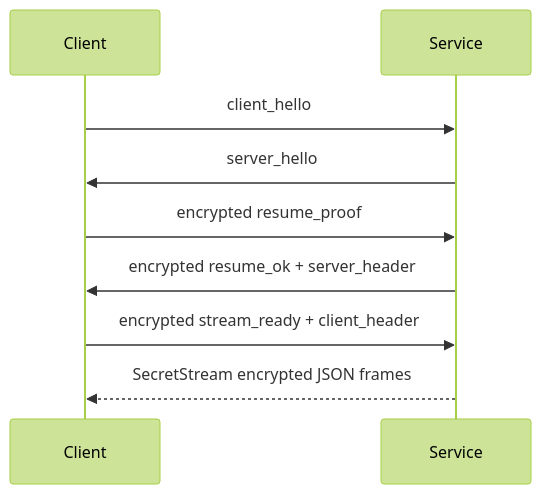
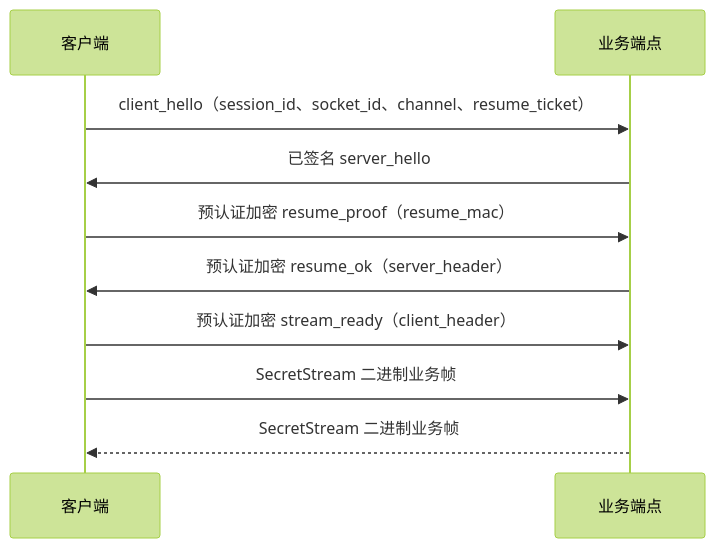
Before and after one commit to Kiramei/baas-tauri: the second of 2 diagrams in docs/content/docs/zh/reference/backend-service.mdx, drawn with Mermaid (forest theme). The commit also changed other lines of this file and 1539 other files, not shown here.

````diff
--- a/docs/content/docs/zh/reference/backend-service.mdx
+++ b/docs/content/docs/zh/reference/backend-service.mdx
@@ -59,11 +104,12 @@
 ```mermaid
 sequenceDiagram
-  participant C as Client
-  participant S as Service
-  C->>S: client_hello
-  S->>C: server_hello
-  C->>S: encrypted resume_proof
-  S->>C: encrypted resume_ok + server_header
-  C->>S: encrypted stream_ready + client_header
-  S-->>C: SecretStream encrypted JSON frames
+  participant C as 客户端
+  participant S as 业务端点
+  C->>S: client_hello（session_id、socket_id、channel、resume_ticket）
+  S->>C: 已签名 server_hello
+  C->>S: 预认证加密 resume_proof（resume_mac）
+  S->>C: 预认证加密 resume_ok（server_header）
+  C->>S: 预认证加密 stream_ready（client_header）
+  C->>S: SecretStream 二进制业务帧
+  S-->>C: SecretStream 二进制业务帧
 ```
````
